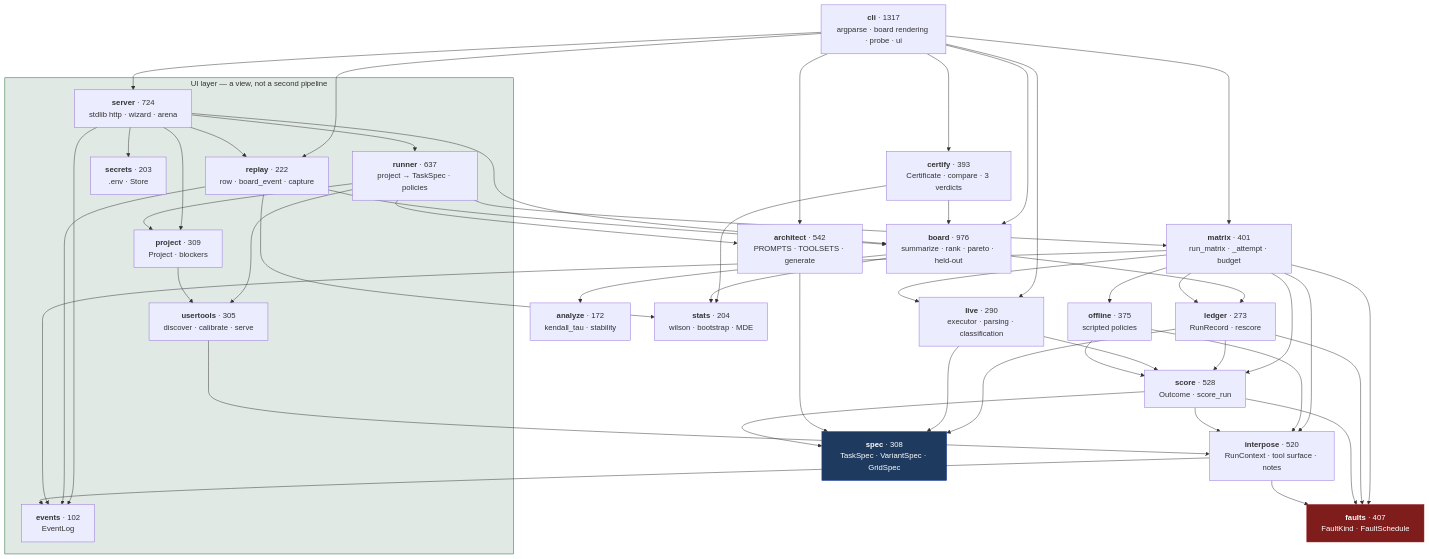
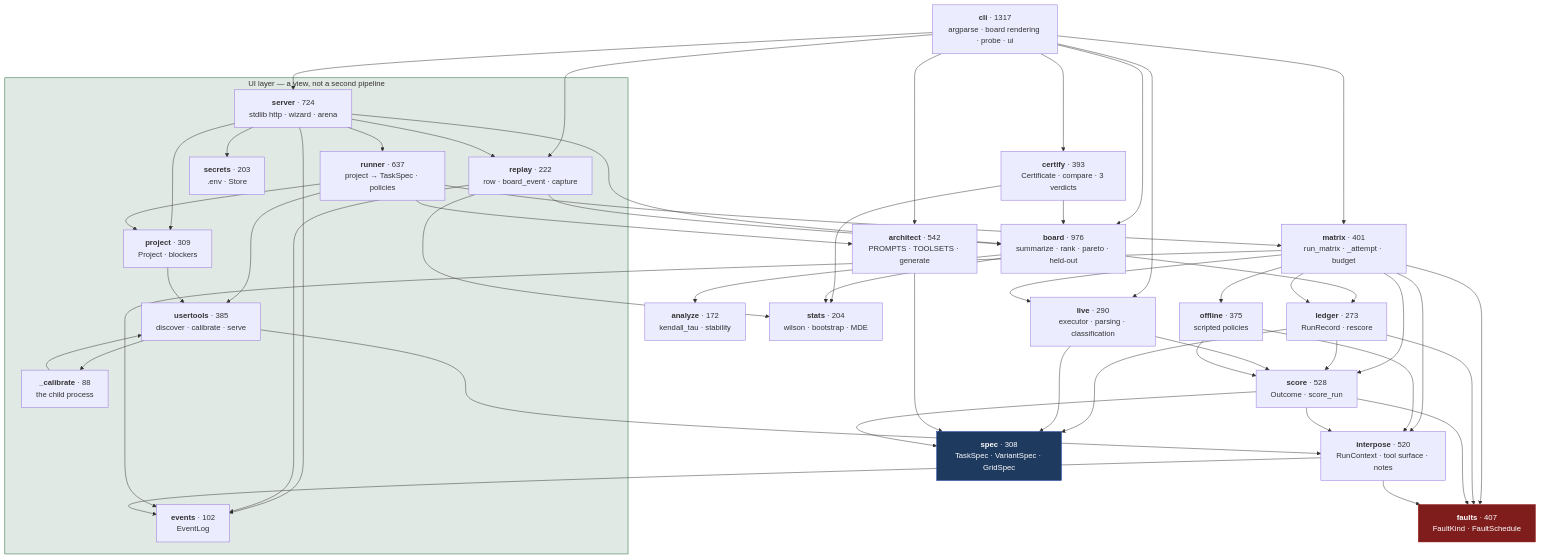
Before and after one commit to Mehul-Gupta-SMH/agent-gauntlet: the first of 4 diagrams in docs/architecture/lld.md, drawn with Mermaid. The commit also changed other lines of this file and 6 other files, not shown here.

````diff
--- a/docs/architecture/lld.md
+++ b/docs/architecture/lld.md
@@ -9,47 +9,49 @@
 ```mermaid
 flowchart TD
     subgraph ui["UI layer — a view, not a second pipeline"]
         SERVER["<b>server</b> · 724<br/>stdlib http · wizard · arena"]
         RUNNER["<b>runner</b> · 637<br/>project → TaskSpec · policies"]
-        USERT["<b>usertools</b> · 305<br/>discover · calibrate · serve"]
+        USERT["<b>usertools</b> · 385<br/>discover · calibrate · serve"]
         PROJECT["<b>project</b> · 309<br/>Project · blockers"]
         SECRETS["<b>secrets</b> · 203<br/>.env · Store"]
+        CALIB["<b>_calibrate</b> · 88<br/>the child process"]
         EVENTS["<b>events</b> · 102<br/>EventLog"]
         REPLAY["<b>replay</b> · 222<br/>row · board_event · capture"]
     end
 
     CLI["<b>cli</b> · 1317<br/>argparse · board rendering · probe · ui"]
     BOARD["<b>board</b> · 976<br/>summarize · rank · pareto · held-out"]
     ARCH["<b>architect</b> · 542<br/>PROMPTS · TOOLSETS · generate"]
     SCORE["<b>score</b> · 528<br/>Outcome · score_run"]
     INTER["<b>interpose</b> · 520<br/>RunContext · tool surface · notes"]
     OFFLINE["<b>offline</b> · 375<br/>scripted policies"]
     MATRIX["<b>matrix</b> · 401<br/>run_matrix · _attempt · budget"]
     FAULTS["<b>faults</b> · 407<br/>FaultKind · FaultSchedule"]
     SPEC["<b>spec</b> · 308<br/>TaskSpec · VariantSpec · GridSpec"]
     LIVE["<b>live</b> · 290<br/>executor · parsing · classification"]
     LEDGER["<b>ledger</b> · 273<br/>RunRecord · rescore"]
     ANALYZE["<b>analyze</b> · 172<br/>kendall_tau · stability"]
     CERT["<b>certify</b> · 393<br/>Certificate · compare · 3 verdicts"]
     STATS["<b>stats</b> · 204<br/>wilson · bootstrap · MDE"]
 
     CLI --> BOARD & MATRIX & ARCH & LIVE & SERVER & CERT & REPLAY
     CERT --> BOARD & STATS
     SERVER --> PROJECT & RUNNER & SECRETS & EVENTS & BOARD & REPLAY
     REPLAY --> BOARD & EVENTS & STATS
     RUNNER --> MATRIX & USERT & PROJECT & ARCH
     PROJECT --> USERT
-    USERT --> INTER
+    USERT --> INTER & CALIB
+    CALIB --> USERT
     BOARD --> LEDGER & ANALYZE & STATS
     MATRIX --> LEDGER & SCORE & LIVE & OFFLINE & INTER & FAULTS & EVENTS
     LEDGER --> SCORE & FAULTS & SPEC
     LIVE --> SCORE & SPEC
     OFFLINE --> INTER & SCORE
     ARCH --> SPEC
     SCORE --> INTER & FAULTS & SPEC
     INTER --> FAULTS & EVENTS
 
     style SPEC fill:#1e3a5f,stroke:#1e40af,color:#fff
     style FAULTS fill:#7f1d1d,stroke:#991b1b,color:#fff
     style ui fill:#14532d20,stroke:#166534
 ```
````
